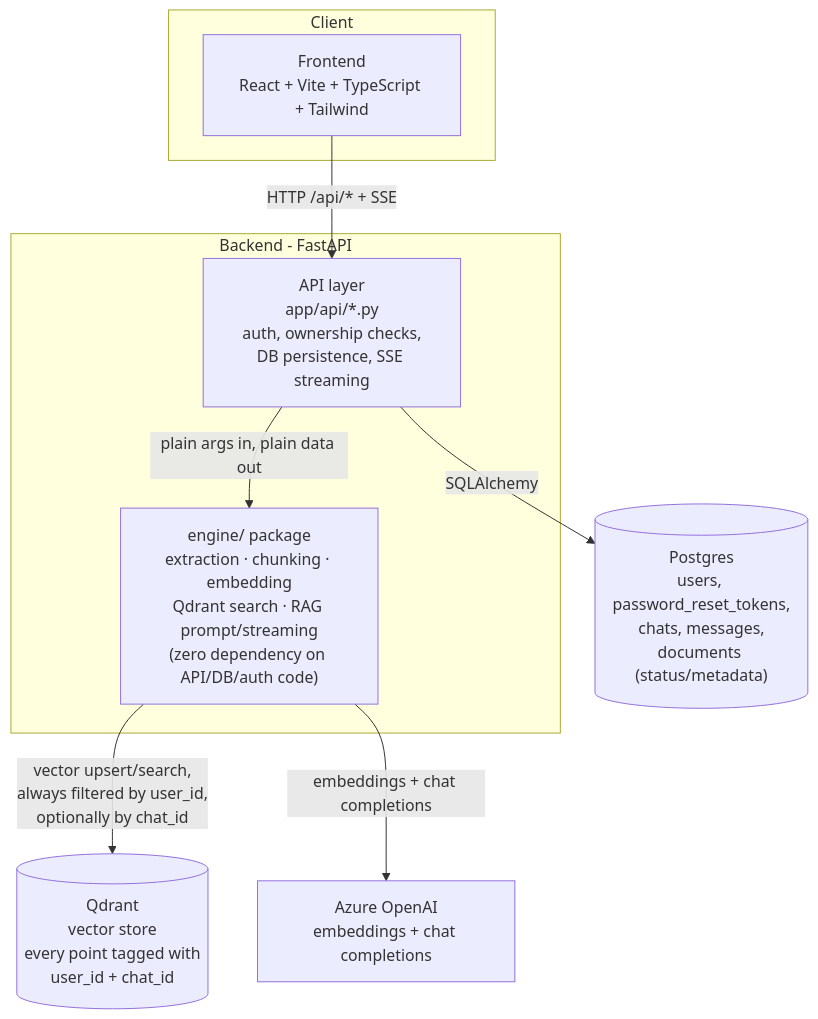
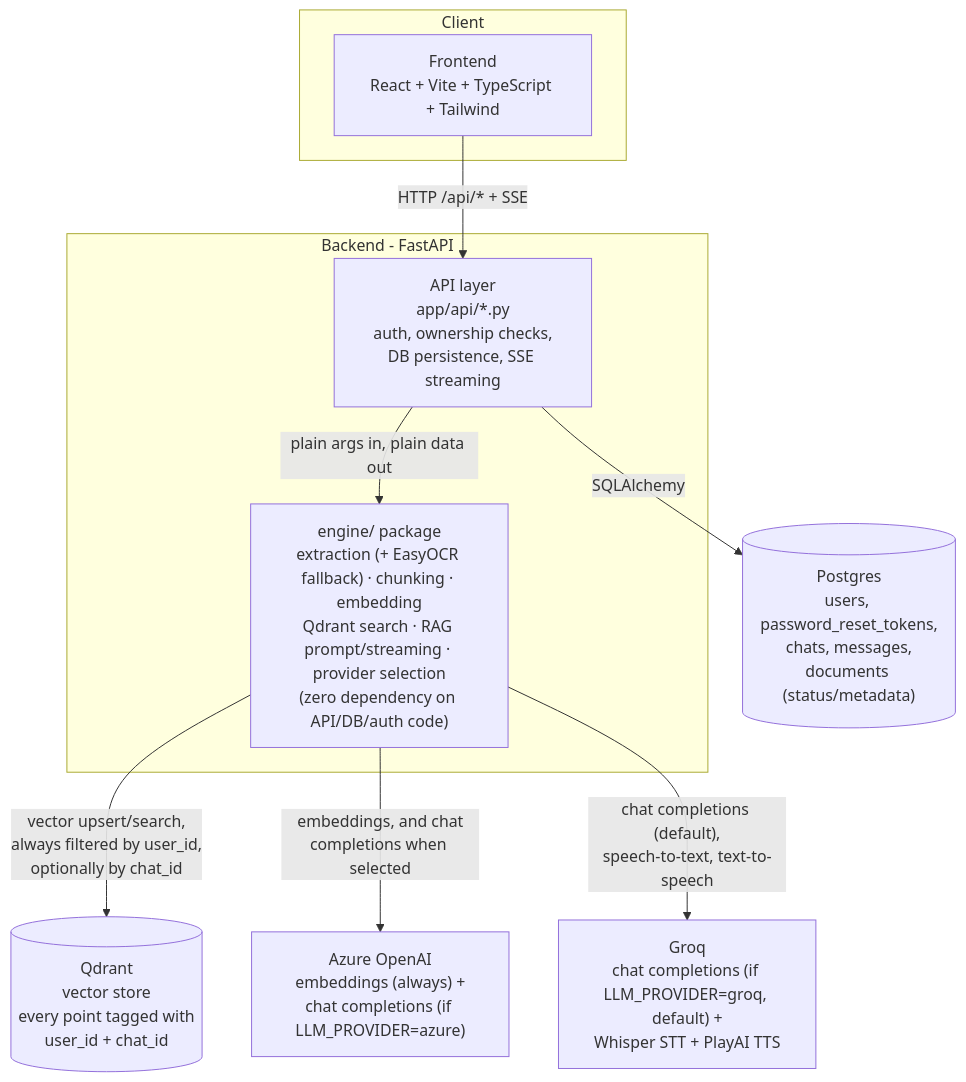
The diagram in README.md (MuhammadWaqar621/querynest), drawn with Mermaid before and after one commit. The commit also changed other lines of this file and 26 other files, not shown here.

````diff
--- a/README.md
+++ b/README.md
@@ -53,21 +57,23 @@
 ```mermaid
 flowchart TB
     subgraph Client
         FE["Frontend<br/>React + Vite + TypeScript + Tailwind"]
     end
 
     subgraph Backend["Backend - FastAPI"]
         API["API layer<br/>app/api/*.py<br/>auth, ownership checks,<br/>DB persistence, SSE streaming"]
-        ENGINE["engine/ package<br/>extraction · chunking · embedding<br/>Qdrant search · RAG prompt/streaming<br/>(zero dependency on API/DB/auth code)"]
+        ENGINE["engine/ package<br/>extraction (+ EasyOCR fallback) · chunking · embedding<br/>Qdrant search · RAG prompt/streaming · provider selection<br/>(zero dependency on API/DB/auth code)"]
     end
 
     PG[("Postgres<br/>users, password_reset_tokens,<br/>chats, messages,<br/>documents (status/metadata)")]
     QD[("Qdrant<br/>vector store<br/>every point tagged with<br/>user_id + chat_id")]
-    AZ["Azure OpenAI<br/>embeddings + chat completions"]
+    AZ["Azure OpenAI<br/>embeddings (always) +<br/>chat completions (if LLM_PROVIDER=azure)"]
+    GQ["Groq<br/>chat completions (if LLM_PROVIDER=groq, default) +<br/>Whisper STT + PlayAI TTS"]
 
     FE -- "HTTP /api/* + SSE" --> API
     API -- "plain args in, plain data out" --> ENGINE
     API -- "SQLAlchemy" --> PG
     ENGINE -- "vector upsert/search,<br/>always filtered by user_id,<br/>optionally by chat_id" --> QD
-    ENGINE -- "embeddings + chat completions" --> AZ
+    ENGINE -- "embeddings, and chat<br/>completions when selected" --> AZ
+    ENGINE -- "chat completions (default),<br/>speech-to-text, text-to-speech" --> GQ
 ```
````
